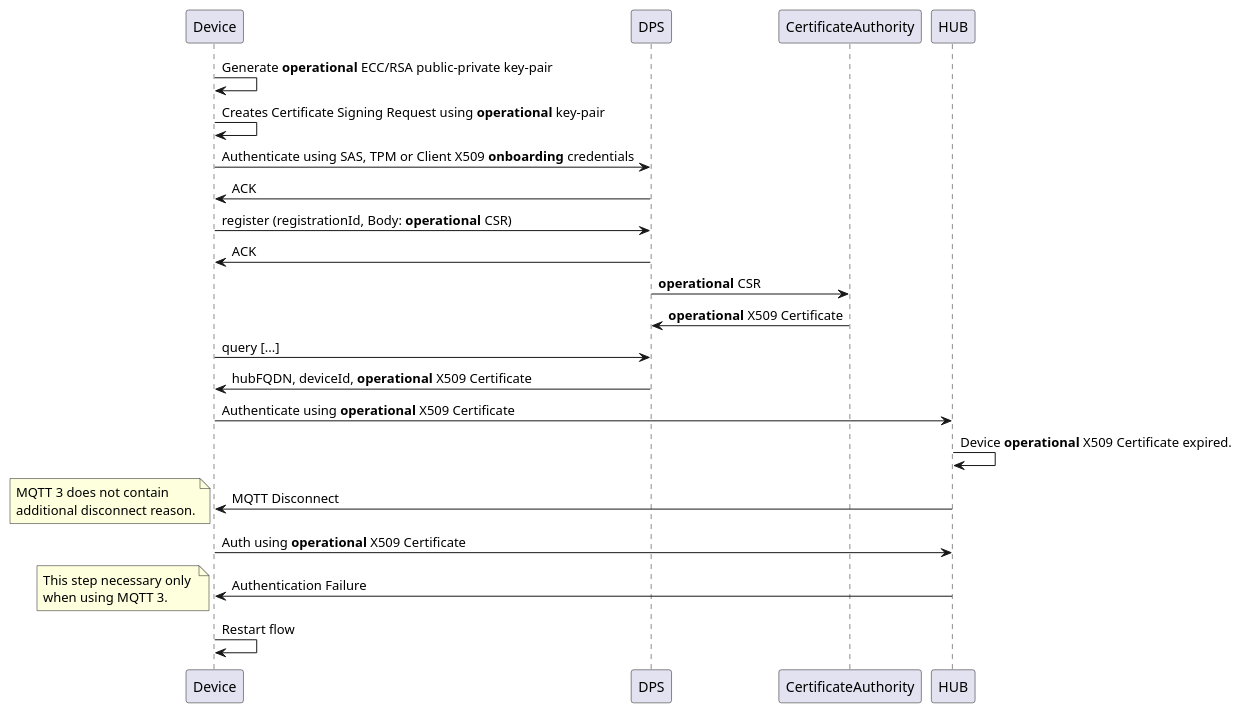
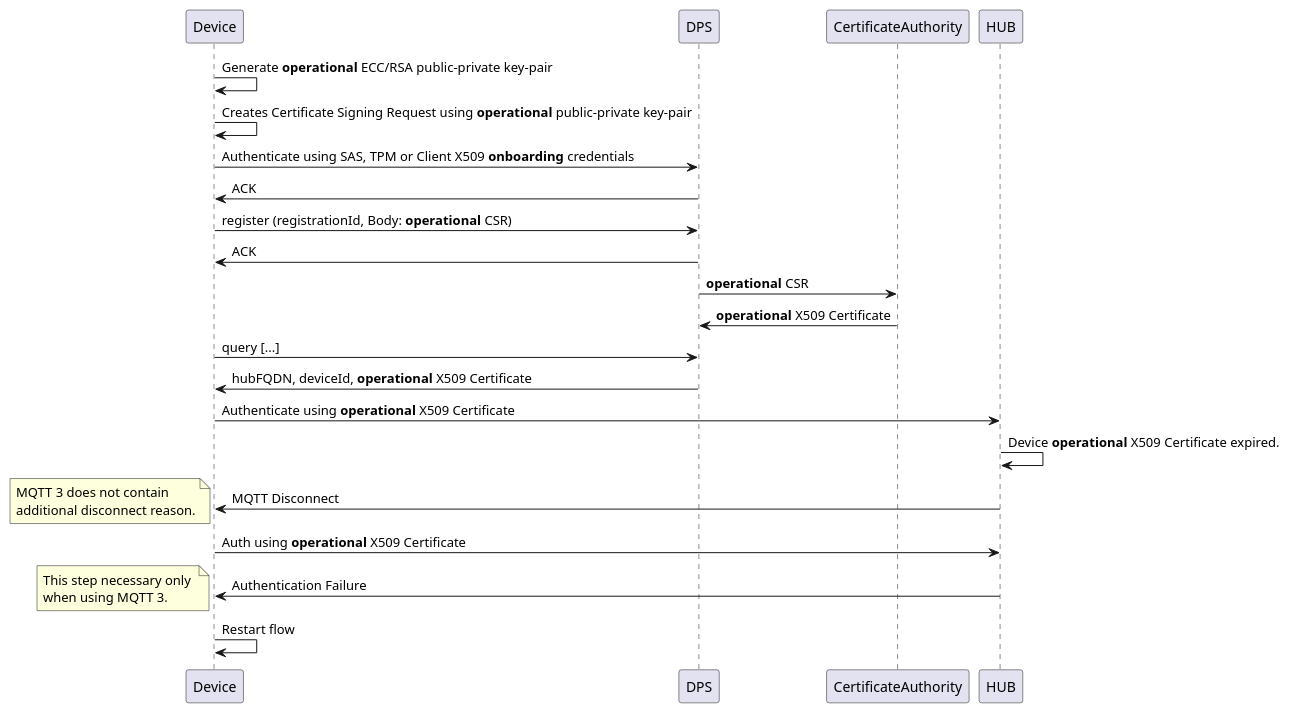
Before and after one commit to Azure-Samples/azure-iot-samples-csharp: the diagram in provisioning/Samples/device/SymmetricKeyWithOperationalCertificateSample/media/crs.puml, drawn with PlantUML. The commit also changed 2 other files, not shown here.

Commit message:
feat(prov-device): Add sample to demonstrate dps client certificate issuance

```diff
--- a/provisioning/Samples/device/SymmetricKeyWithOperationalCertificateSample/media/crs.puml
+++ b/provisioning/Samples/device/SymmetricKeyWithOperationalCertificateSample/media/crs.puml
@@ -1,27 +1,27 @@
 @startuml dpsCSR
 Device -> Device: Generate **operational** ECC/RSA public-private key-pair
-Device -> Device: Creates Certificate Signing Request using **operational** key-pair
+Device -> Device: Creates Certificate Signing Request using **operational** public-private key-pair
 Device -> DPS: Authenticate using SAS, TPM or Client X509 **onboarding** credentials
 DPS -> Device: ACK
 Device -> DPS: register (registrationId, Body: **operational** CSR)
 DPS -> Device: ACK
 DPS -> CertificateAuthority: **operational** CSR
 DPS <- CertificateAuthority: **operational** X509 Certificate
 Device -> DPS: query [...]
 DPS -> Device: hubFQDN, deviceId, **operational** X509 Certificate
 Device -> HUB: Authenticate using **operational** X509 Certificate
 HUB->HUB: Device **operational** X509 Certificate expired.
 Device <- HUB: MQTT Disconnect
 note left
   MQTT 3 does not contain 
   additional disconnect reason.
 end note
 Device -> HUB: Auth using **operational** X509 Certificate
 Device <- HUB: Authentication Failure
 note left
   This step necessary only 
   when using MQTT 3.
 end note
 Device -> Device: Restart flow
 
 @enduml
```
